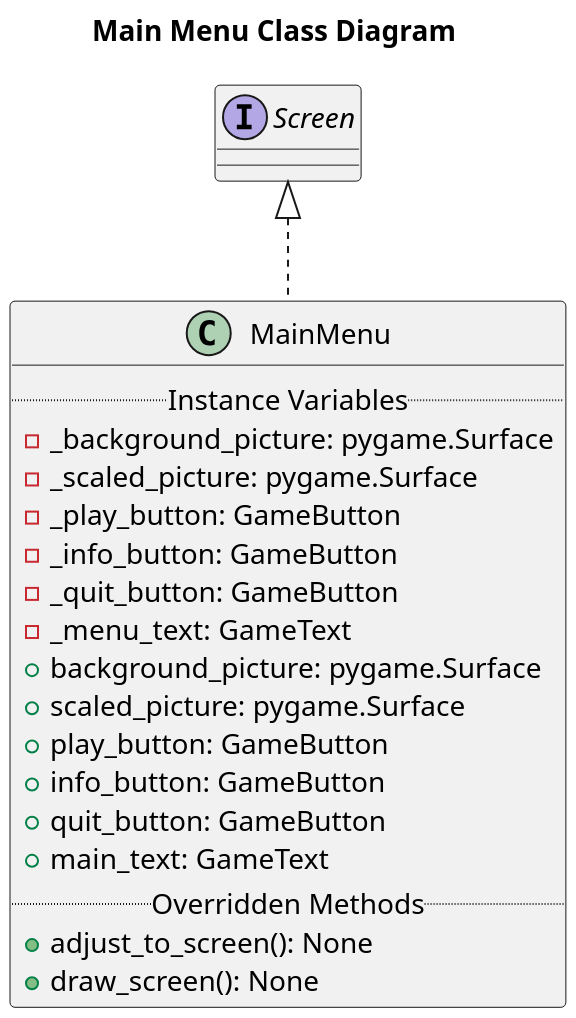
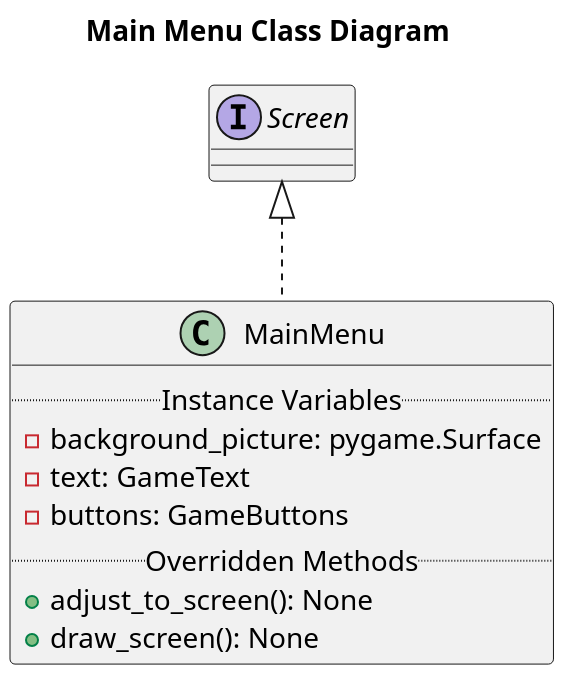
The diagram in Puzzle_Maze/uml/screens/main_menu.plantuml (kmerickson/OOP-PuzzleMaze), drawn with PlantUML before and after one commit. The commit also changed 20 other files, not shown here.

Commit message:
added new uml diagrams

```diff
--- a/Puzzle_Maze/uml/screens/main_menu.plantuml
+++ b/Puzzle_Maze/uml/screens/main_menu.plantuml
@@ -1,22 +1,13 @@
 @startuml
 scale 2
 title "Main Menu Class Diagram"
 class MainMenu implements Screen{
     ..Instance Variables..
-    - _background_picture: pygame.Surface
-    - _scaled_picture: pygame.Surface
-    - _play_button: GameButton
-    - _info_button: GameButton
-    - _quit_button: GameButton
-    - _menu_text: GameText
-    + background_picture: pygame.Surface
-    + scaled_picture: pygame.Surface
-    + play_button: GameButton
-    + info_button: GameButton
-    + quit_button: GameButton
-    + main_text: GameText
+    - background_picture: pygame.Surface
+    - text: GameText
+    - buttons: GameButtons
     ..Overridden Methods..
     + adjust_to_screen(): None
     + draw_screen(): None
 }
 @enduml
```
